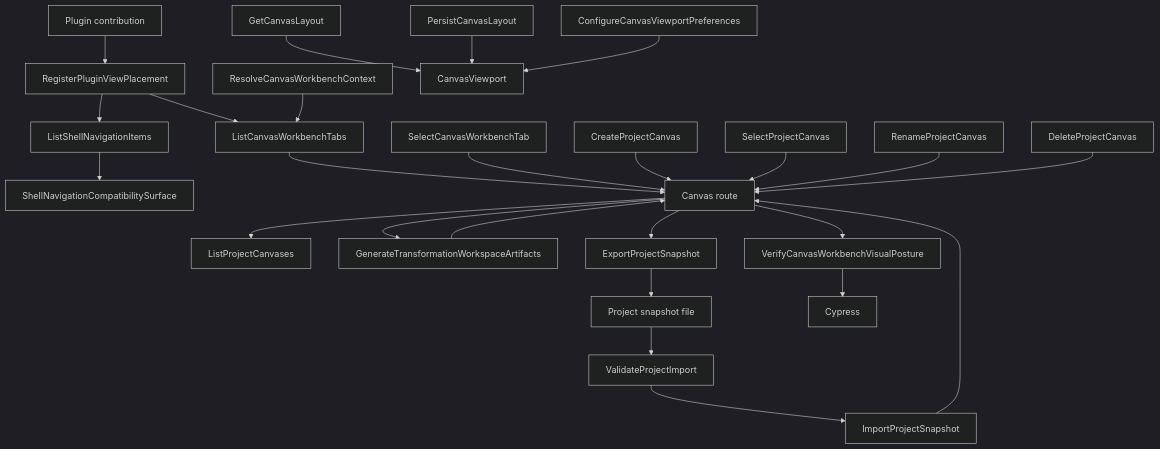
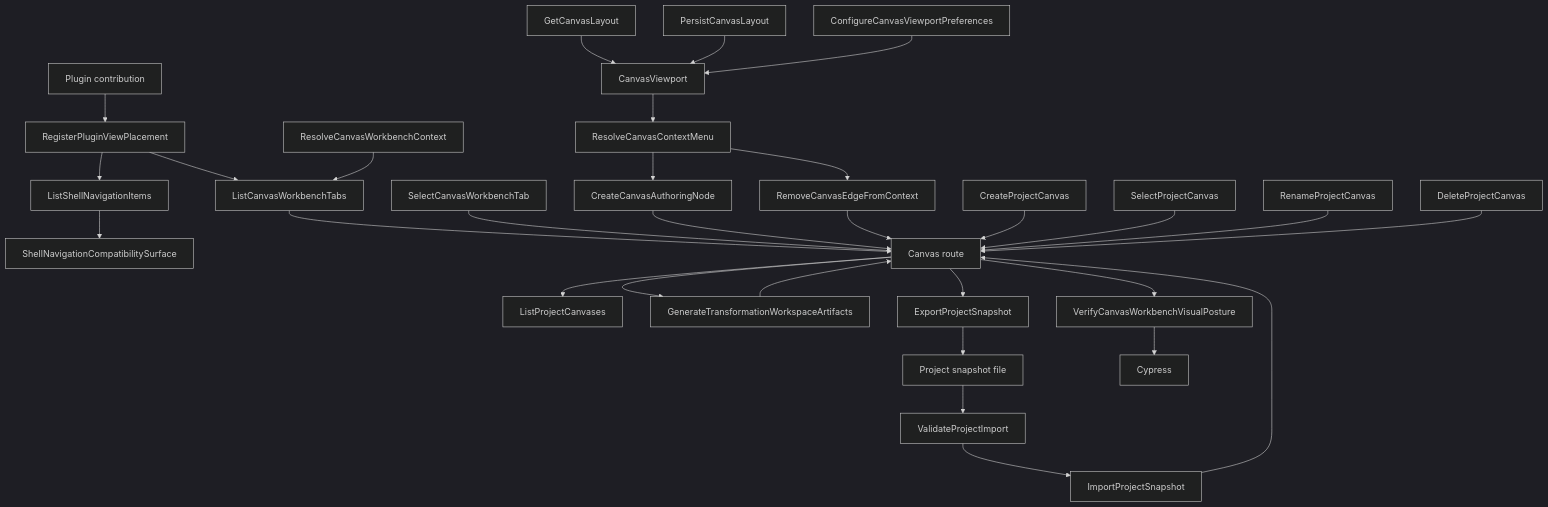
The diagram in docs/architecture/components/web/graph/canvas-workbench-command-query-catalog.md (dunay2/dvt), drawn with Mermaid (dark theme) before and after one commit. The commit also changed other lines of this file and 72 other files, not shown here.

````diff
--- a/docs/architecture/components/web/graph/canvas-workbench-command-query-catalog.md
+++ b/docs/architecture/components/web/graph/canvas-workbench-command-query-catalog.md
@@ -166,52 +173,60 @@
 ```mermaid
 flowchart TD
   Plugin["Plugin contribution"]
   Placement["RegisterPluginViewPlacement"]
   ShellQuery["ListShellNavigationItems"]
   CanvasQuery["ListCanvasWorkbenchTabs"]
   CanvasContext["ResolveCanvasWorkbenchContext"]
   SelectTab["SelectCanvasWorkbenchTab"]
   LayoutQuery["GetCanvasLayout"]
   LayoutCommand["PersistCanvasLayout"]
   Prefs["ConfigureCanvasViewportPreferences"]
+  ContextMenu["ResolveCanvasContextMenu"]
+  CreateNode["CreateCanvasAuthoringNode"]
+  RemoveEdge["RemoveCanvasEdgeFromContext"]
   CanvasList["ListProjectCanvases"]
   CanvasCreate["CreateProjectCanvas"]
   CanvasSelect["SelectProjectCanvas"]
   CanvasRename["RenameProjectCanvas"]
   CanvasDelete["DeleteProjectCanvas"]
   GenerateTransformation["GenerateTransformationWorkspaceArtifacts"]
   ExportSnapshot["ExportProjectSnapshot"]
   ValidateImport["ValidateProjectImport"]
   ImportSnapshot["ImportProjectSnapshot"]
   VisualProof["VerifyCanvasWorkbenchVisualPosture"]
   Shell["ShellNavigationCompatibilitySurface"]
   Canvas["Canvas route"]
   Viewport["CanvasViewport"]
   File["Project snapshot file"]
   Cypress["Cypress"]
 
   Plugin --> Placement
   Placement --> ShellQuery
   Placement --> CanvasQuery
   ShellQuery --> Shell
   CanvasContext --> CanvasQuery
   CanvasQuery --> Canvas
   SelectTab --> Canvas
   LayoutQuery --> Viewport
   LayoutCommand --> Viewport
   Prefs --> Viewport
+  Viewport --> ContextMenu
+  ContextMenu --> CreateNode
+  ContextMenu --> RemoveEdge
+  CreateNode --> Canvas
+  RemoveEdge --> Canvas
   Canvas --> CanvasList
   CanvasCreate --> Canvas
   CanvasSelect --> Canvas
   CanvasRename --> Canvas
   CanvasDelete --> Canvas
   Canvas --> GenerateTransformation
   GenerateTransformation --> Canvas
   Canvas --> ExportSnapshot
   ExportSnapshot --> File
   File --> ValidateImport
   ValidateImport --> ImportSnapshot
   ImportSnapshot --> Canvas
   Canvas --> VisualProof
   VisualProof --> Cypress
 ```
````
